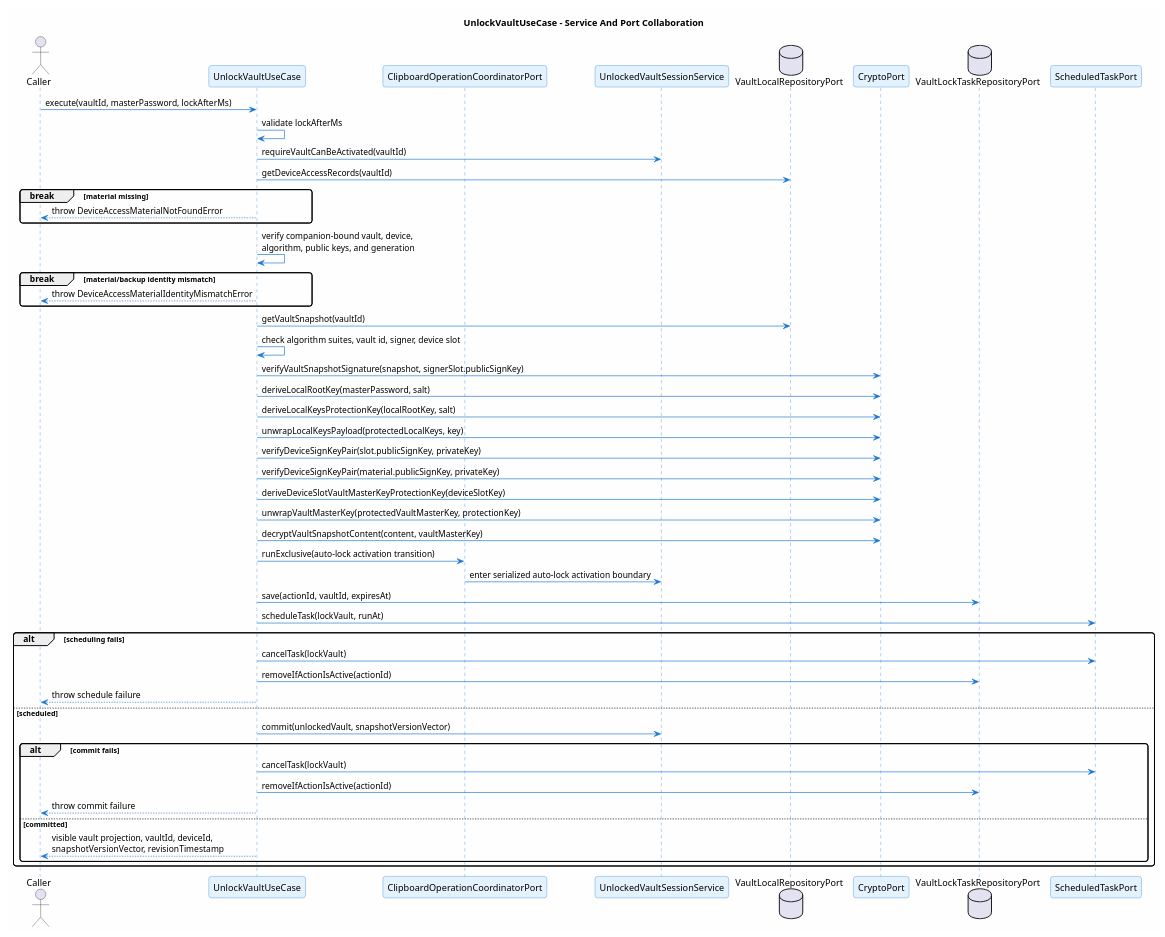
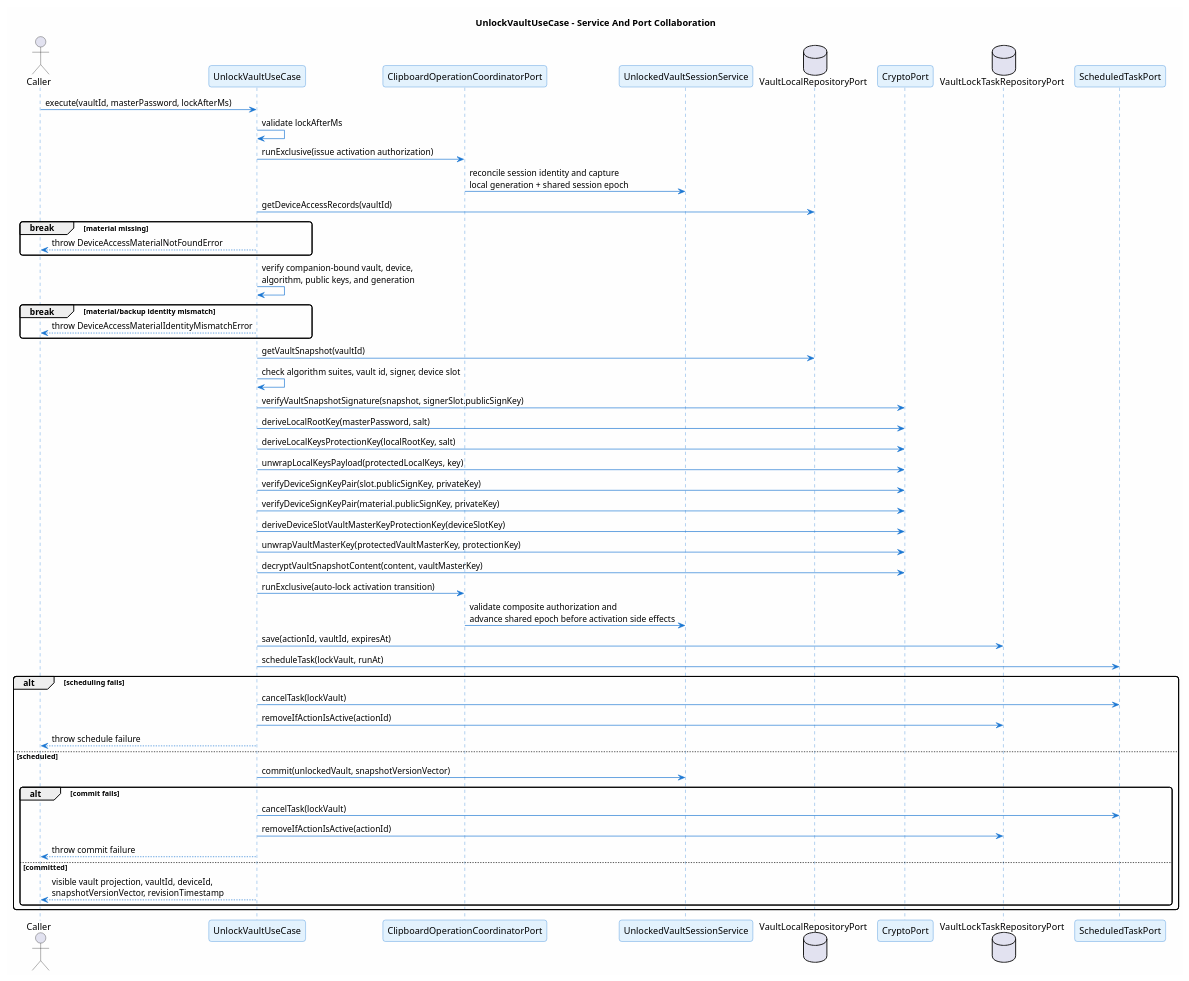
The diagram in docs/v1/use-case/vault-lifecycle/unlock-vault.sequence.puml (ArionStudio/engr-serverless-pm), drawn with PlantUML before and after one commit. The commit also changed 26 other files, not shown here.

```diff
--- a/docs/v1/use-case/vault-lifecycle/unlock-vault.sequence.puml
+++ b/docs/v1/use-case/vault-lifecycle/unlock-vault.sequence.puml
@@ -1,64 +1,65 @@
 @startuml unlock-vault-sequence
 title UnlockVaultUseCase - Service And Port Collaboration
 
 skinparam backgroundColor #FEFEFE
 skinparam roundcorner 8
 skinparam shadowing false
 skinparam sequence {
   ArrowColor #1976D2
   LifeLineBorderColor #1976D2
   ParticipantBackgroundColor #E3F2FD
   ParticipantBorderColor #1976D2
 }
 
 actor Caller
 participant "UnlockVaultUseCase" as UC
 participant "ClipboardOperationCoordinatorPort" as Coordinator
 participant "UnlockedVaultSessionService" as Session
 database "VaultLocalRepositoryPort" as LocalRepo
 participant "CryptoPort" as Crypto
 database "VaultLockTaskRepositoryPort" as LockRepo
 participant "ScheduledTaskPort" as Tasks
 
 Caller -> UC : execute(vaultId, masterPassword, lockAfterMs)
 UC -> UC : validate lockAfterMs
-UC -> Session : requireVaultCanBeActivated(vaultId)
+UC -> Coordinator : runExclusive(issue activation authorization)
+Coordinator -> Session : reconcile session identity and capture\nlocal generation + shared session epoch
 UC -> LocalRepo : getDeviceAccessRecords(vaultId)
 break material missing
   UC --> Caller : throw DeviceAccessMaterialNotFoundError
 end
 UC -> UC : verify companion-bound vault, device,\nalgorithm, public keys, and generation
 break material/backup identity mismatch
   UC --> Caller : throw DeviceAccessMaterialIdentityMismatchError
 end
 UC -> LocalRepo : getVaultSnapshot(vaultId)
 UC -> UC : check algorithm suites, vault id, signer, device slot
 UC -> Crypto : verifyVaultSnapshotSignature(snapshot, signerSlot.publicSignKey)
 UC -> Crypto : deriveLocalRootKey(masterPassword, salt)
 UC -> Crypto : deriveLocalKeysProtectionKey(localRootKey, salt)
 UC -> Crypto : unwrapLocalKeysPayload(protectedLocalKeys, key)
 UC -> Crypto : verifyDeviceSignKeyPair(slot.publicSignKey, privateKey)
 UC -> Crypto : verifyDeviceSignKeyPair(material.publicSignKey, privateKey)
 UC -> Crypto : deriveDeviceSlotVaultMasterKeyProtectionKey(deviceSlotKey)
 UC -> Crypto : unwrapVaultMasterKey(protectedVaultMasterKey, protectionKey)
 UC -> Crypto : decryptVaultSnapshotContent(content, vaultMasterKey)
 UC -> Coordinator : runExclusive(auto-lock activation transition)
-Coordinator -> Session : enter serialized auto-lock activation boundary
+Coordinator -> Session : validate composite authorization and\nadvance shared epoch before activation side effects
 UC -> LockRepo : save(actionId, vaultId, expiresAt)
 UC -> Tasks : scheduleTask(lockVault, runAt)
 alt scheduling fails
   UC -> Tasks : cancelTask(lockVault)
   UC -> LockRepo : removeIfActionIsActive(actionId)
   UC --> Caller : throw schedule failure
 else scheduled
   UC -> Session : commit(unlockedVault, snapshotVersionVector)
   alt commit fails
     UC -> Tasks : cancelTask(lockVault)
     UC -> LockRepo : removeIfActionIsActive(actionId)
     UC --> Caller : throw commit failure
   else committed
     UC --> Caller : visible vault projection, vaultId, deviceId,\nsnapshotVersionVector, revisionTimestamp
   end
 end
 
 @enduml
```
